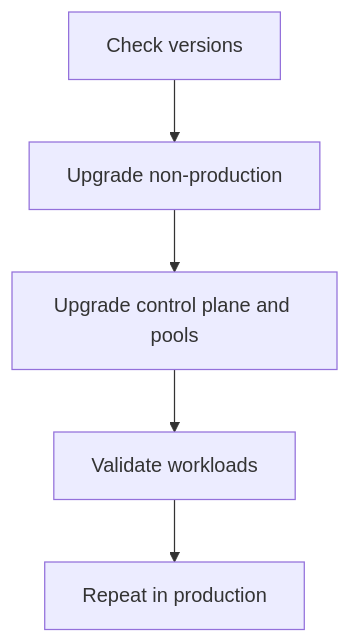
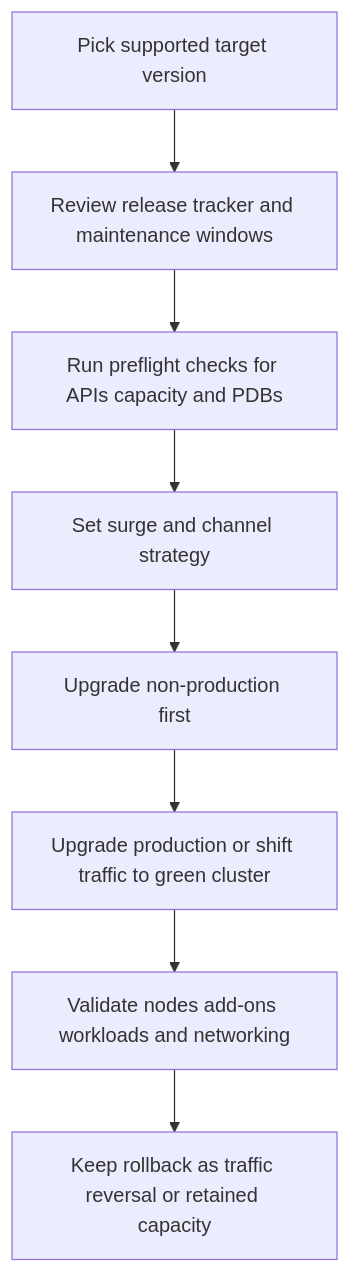
One commit to yeongseon/azure-kubernetes-service-practical-guide changed the diagram in docs/operations/upgrades.md. Above: the diagram before and after it, drawn with Mermaid. The commit also changed other lines of this file and 14 other files, not shown here.

Commit message:
docs: add AKS version lifecycle, auto-upgrade, and maintenance operations content (#10) (#56)

````diff
--- a/docs/operations/upgrades.md
+++ b/docs/operations/upgrades.md
@@ -54,7 +55,10 @@
 ```mermaid
 flowchart TD
-    A[Check versions] --> B[Upgrade non-production]
-    B --> C[Upgrade control plane and pools]
-    C --> D[Validate workloads]
-    D --> E[Repeat in production]
+    A[Pick supported target version] --> B[Review release tracker and maintenance windows]
+    B --> C[Run preflight checks for APIs capacity and PDBs]
+    C --> D[Set surge and channel strategy]
+    D --> E[Upgrade non-production first]
+    E --> F[Upgrade production or shift traffic to green cluster]
+    F --> G[Validate nodes add-ons workloads and networking]
+    G --> H[Keep rollback as traffic reversal or retained capacity]
 ```
````
